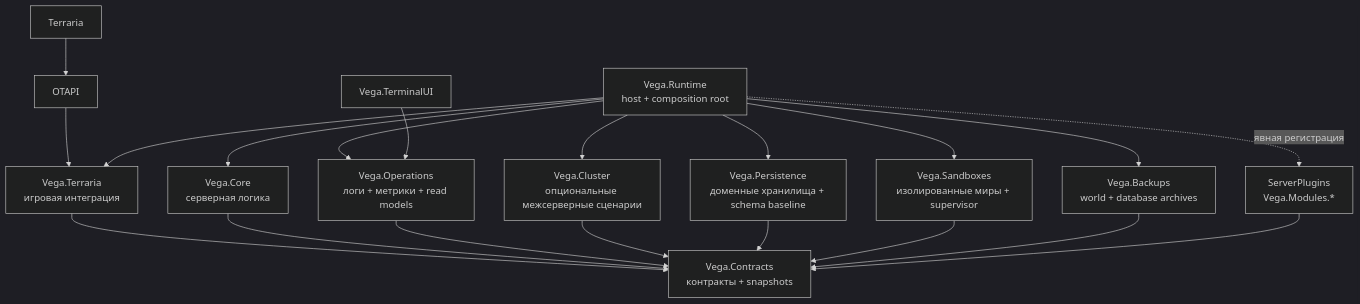
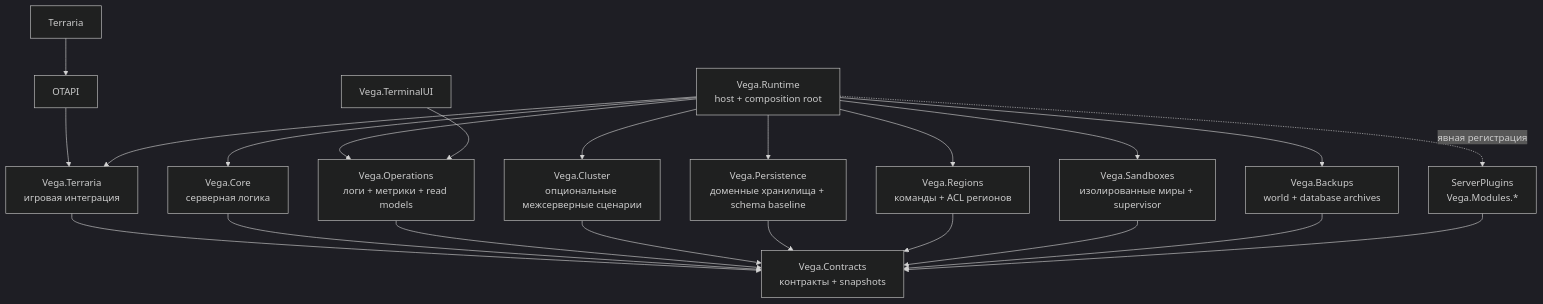
One commit to VegaKernel/Vega changed the diagram in README.md. Above: the diagram before and after it, drawn with Mermaid (dark theme). The commit also changed other lines of this file and 38 other files, not shown here.

Commit message:
Complete remaining Vega 1.0 roadmap phases

````diff
--- a/README.md
+++ b/README.md
@@ -17,25 +17,27 @@
 ```mermaid
 flowchart TB
     Terraria["Terraria"] --> OTAPI["OTAPI"]
     OTAPI --> TerrariaAdapter["Vega.Terraria<br/>игровая интеграция"]
 
     Runtime["Vega.Runtime<br/>host + composition root"] --> TerrariaAdapter
     Runtime --> Core["Vega.Core<br/>серверная логика"]
     Runtime --> Operations["Vega.Operations<br/>логи + метрики + read models"]
     Runtime --> Cluster["Vega.Cluster<br/>опциональные межсерверные сценарии"]
     Runtime --> Persistence["Vega.Persistence<br/>доменные хранилища + schema baseline"]
+    Runtime --> Regions["Vega.Regions<br/>команды + ACL регионов"]
     Runtime --> Sandboxes["Vega.Sandboxes<br/>изолированные миры + supervisor"]
     Runtime --> Backups["Vega.Backups<br/>world + database archives"]
     Runtime -. "явная регистрация" .-> Modules["ServerPlugins<br/>Vega.Modules.*"]
 
     TerrariaAdapter --> Contracts["Vega.Contracts<br/>контракты + snapshots"]
     Core --> Contracts
     Operations --> Contracts
     Cluster --> Contracts
     Persistence --> Contracts
+    Regions --> Contracts
     Sandboxes --> Contracts
     Backups --> Contracts
     Modules --> Contracts
 
     TerminalUI["Vega.TerminalUI"] --> Operations
 ```
````
